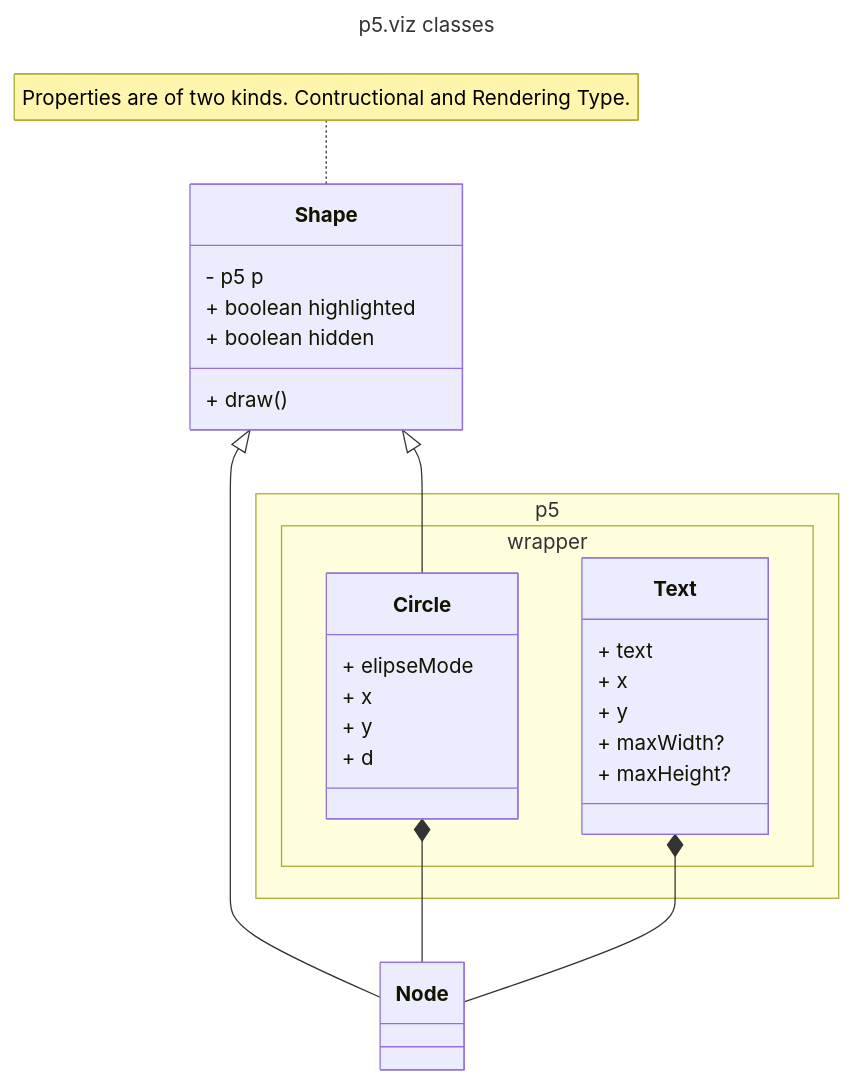
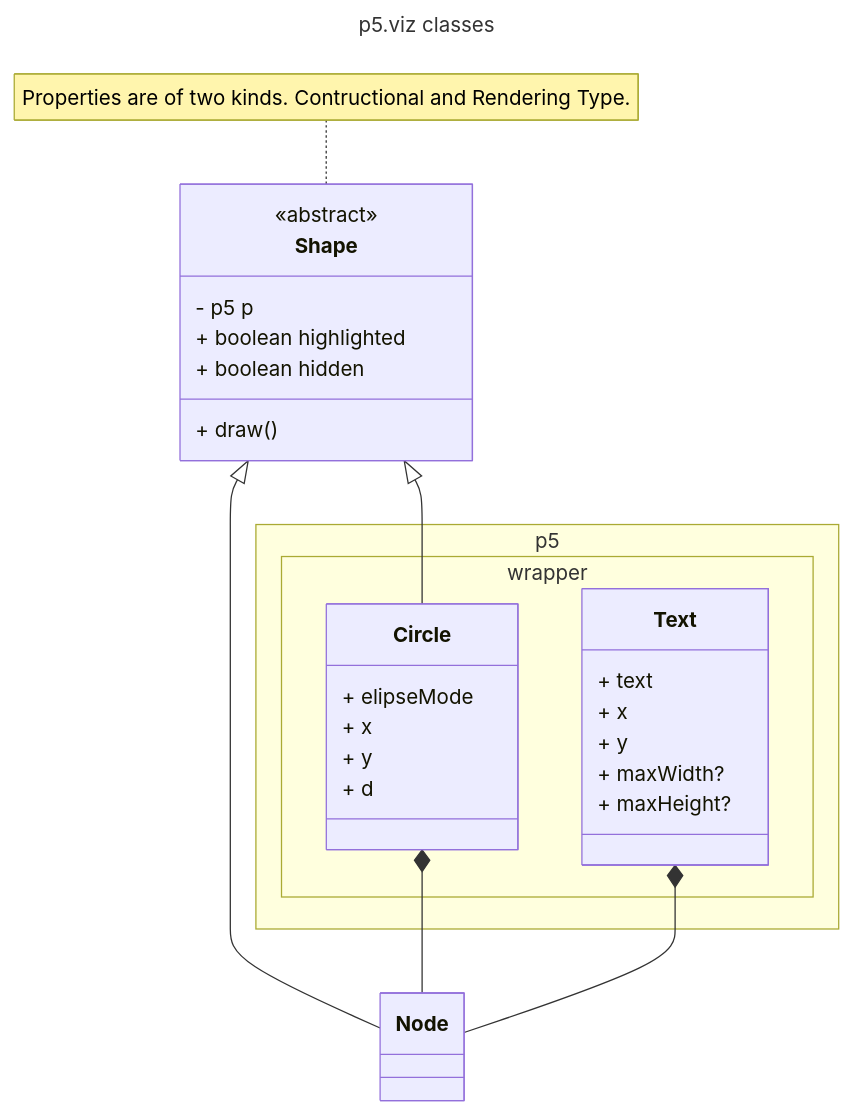
The second of 2 diagrams in README.md (SuvabrataChowdhury/p5.viz), drawn with Mermaid before and after one commit. The commit also changed 2 other files, not shown here.

Commit message:
Base shape and circle

````diff
--- a/README.md
+++ b/README.md
@@ -30,42 +30,42 @@
 ```mermaid
 ---
 title: p5.viz classes
 ---
 classDiagram
-    class Shape {
+    class Shape <<abstract>> {
         - p5 p
         + boolean highlighted
         + boolean hidden
         + draw()
     }
 
     note for Shape "Properties are of two kinds. Contructional and Rendering Type. "
 
     namespace p5.wrapper {
         class Circle {
             + elipseMode
             + x
             + y
             + d
         }
 
         class Text {
             + text
             + x
             + y
             + maxWidth?
             + maxHeight?
         }
 
     }
 
     class Node {
     }
 
     Shape <|-- Circle
     Shape <|-- Node
 
     Circle *-- Node
     Text *-- Node
 
 ```
````
